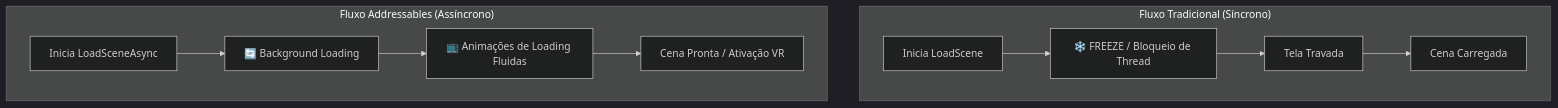
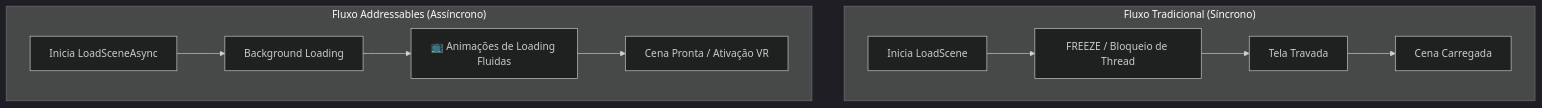
Before and after one commit to jeffersonrodrigues343/DevGames-CsharpHandOn: the first of 3 diagrams in HandsOn/glossary/GLOSSARY.MD, drawn with Mermaid (dark theme). The commit also changed other lines of this file, not shown here.

````diff
--- a/HandsOn/glossary/GLOSSARY.MD
+++ b/HandsOn/glossary/GLOSSARY.MD
@@ -27,14 +27,14 @@
 ```mermaid
 graph TD
     subgraph "Fluxo Tradicional (Síncrono)"
-        T1[Inicia LoadScene] --> T2[❄️ FREEZE / Bloqueio de Thread]
+        T1[Inicia LoadScene] --> T2[ FREEZE / Bloqueio de Thread]
         T2 --> T3[Tela Travada]
         T3 --> T4[Cena Carregada]
     end
 
     subgraph "Fluxo Addressables (Assíncrono)"
-        A1[Inicia LoadSceneAsync] --> A2[🔄 Background Loading]
+        A1[Inicia LoadSceneAsync] --> A2[ Background Loading]
         A2 --> A3[📺 Animações de Loading Fluidas]
         A3 --> A4[Cena Pronta / Ativação VR]
     end
 ```
````
